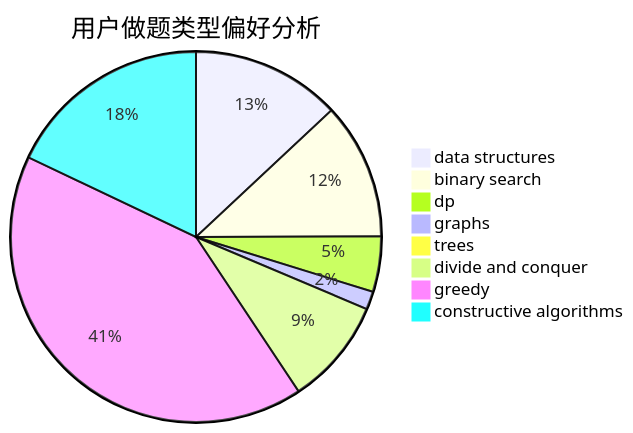
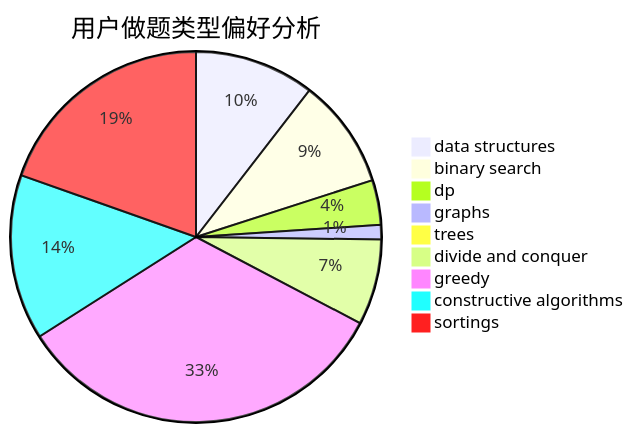
Before and after one commit to sherpahu/cfrs.github.io: the second of 3 diagrams in docs/user/u2216.md, drawn with Mermaid. The commit also changed other lines of this file and 2769 other files, not shown here.

````diff
--- a/docs/user/u2216.md
+++ b/docs/user/u2216.md
@@ -23,11 +18,12 @@
 ```mermaid
 pie title 用户做题类型偏好分析
     "data structures" :  231
     "binary search" :  211
     "dp" :  86
     "graphs" :  28
     "trees" :  17
     "divide and conquer" :  165
     "greedy" :  734
     "constructive algorithms" :  318
+    "sortings" :  432
 ```
````
